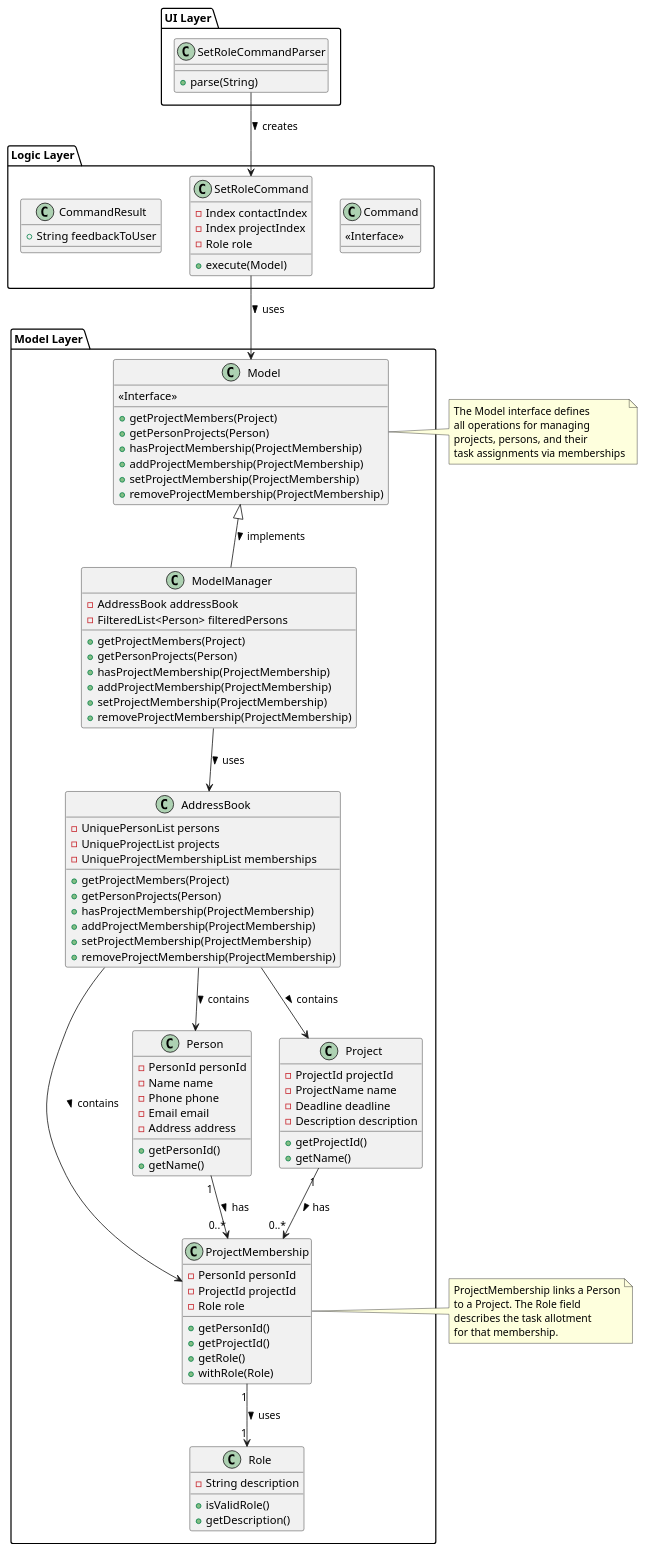
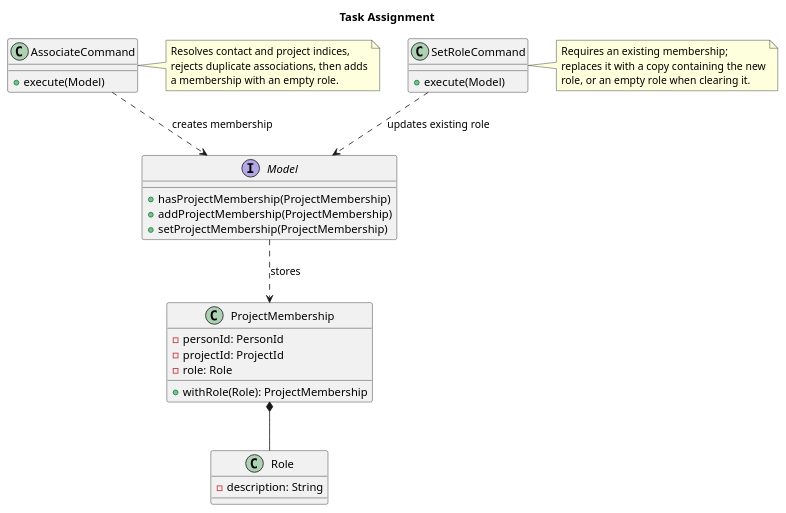
One commit to AAAchinnn/tp changed the diagram in docs/diagrams/task-assignment.puml. Above: the diagram before and after it, drawn with PlantUML.

Commit message:
Updated Role assignment UML diagram to better reflect feature behaviour

```diff
--- a/docs/diagrams/task-assignment.puml
+++ b/docs/diagrams/task-assignment.puml
@@ -1,124 +1,45 @@
 @startuml
-' Task Assignment System UML Diagram
+title Task Assignment
 
-package "Model Layer" {
-  class Person {
-    - PersonId personId
-    - Name name
-    - Phone phone
-    - Email email
-    - Address address
-    + getPersonId()
-    + getName()
-  }
-
-  class Project {
-    - ProjectId projectId
-    - ProjectName name
-    - Deadline deadline
-    - Description description
-    + getProjectId()
-    + getName()
-  }
-
-  class ProjectMembership {
-    - PersonId personId
-    - ProjectId projectId
-    - Role role
-    + getPersonId()
-    + getProjectId()
-    + getRole()
-    + withRole(Role)
-  }
-
-  class Role {
-    - String description
-    + isValidRole()
-    + getDescription()
-  }
-
-  class AddressBook {
-    - UniquePersonList persons
-    - UniqueProjectList projects
-    - UniqueProjectMembershipList memberships
-    + getProjectMembers(Project)
-    + getPersonProjects(Person)
-    + hasProjectMembership(ProjectMembership)
-    + addProjectMembership(ProjectMembership)
-    + setProjectMembership(ProjectMembership)
-    + removeProjectMembership(ProjectMembership)
-  }
-
-  class Model {
-    <<Interface>>
-    + getProjectMembers(Project)
-    + getPersonProjects(Person)
-    + hasProjectMembership(ProjectMembership)
-    + addProjectMembership(ProjectMembership)
-    + setProjectMembership(ProjectMembership)
-    + removeProjectMembership(ProjectMembership)
-  }
-
-  class ModelManager {
-    - AddressBook addressBook
-    - FilteredList<Person> filteredPersons
-    + getProjectMembers(Project)
-    + getPersonProjects(Person)
-    + hasProjectMembership(ProjectMembership)
-    + addProjectMembership(ProjectMembership)
-    + setProjectMembership(ProjectMembership)
-    + removeProjectMembership(ProjectMembership)
-  }
+class AssociateCommand {
+  +execute(Model)
 }
 
-package "Logic Layer" {
-  class Command {
-    <<Interface>>
-  }
-
-  class SetRoleCommand {
-    - Index contactIndex
-    - Index projectIndex
-    - Role role
-    + execute(Model)
-  }
-
-  class CommandResult {
-    + String feedbackToUser
-  }
+class SetRoleCommand {
+  +execute(Model)
 }
 
-package "UI Layer" {
-  class SetRoleCommandParser {
-    + parse(String)
-  }
+interface Model {
+  +hasProjectMembership(ProjectMembership)
+  +addProjectMembership(ProjectMembership)
+  +setProjectMembership(ProjectMembership)
 }
 
-' Associations
-Person "1" --> "0..*" ProjectMembership : has >
-Project "1" --> "0..*" ProjectMembership : has >
-ProjectMembership "1" --> "1" Role : uses >
-AddressBook --> Person : contains >
-AddressBook --> Project : contains >
-AddressBook --> ProjectMembership : contains >
-Model <|-- ModelManager : implements >
-ModelManager --> AddressBook : uses >
-SetRoleCommand --> Model : uses >
-SetRoleCommandParser --> SetRoleCommand : creates >
+class ProjectMembership {
+  -personId: PersonId
+  -projectId: ProjectId
+  -role: Role
+  +withRole(Role): ProjectMembership
+}
 
-' Stereotypes
-note right of Model
-  The Model interface defines
-  all operations for managing
-  projects, persons, and their
-  task assignments via memberships
+class Role {
+  -description: String
+}
+
+AssociateCommand ..> Model : creates membership
+SetRoleCommand ..> Model : updates existing role
+Model ..> ProjectMembership : stores
+ProjectMembership *-- Role
+
+note right of AssociateCommand
+  Resolves contact and project indices,
+  rejects duplicate associations, then adds
+  a membership with an empty role.
 end note
 
-note right of ProjectMembership
-  ProjectMembership links a Person
-  to a Project. The Role field
-  describes the task allotment
-  for that membership.
+note right of SetRoleCommand
+  Requires an existing membership;
+  replaces it with a copy containing the new
+  role, or an empty role when clearing it.
 end note
-
 @enduml
```
